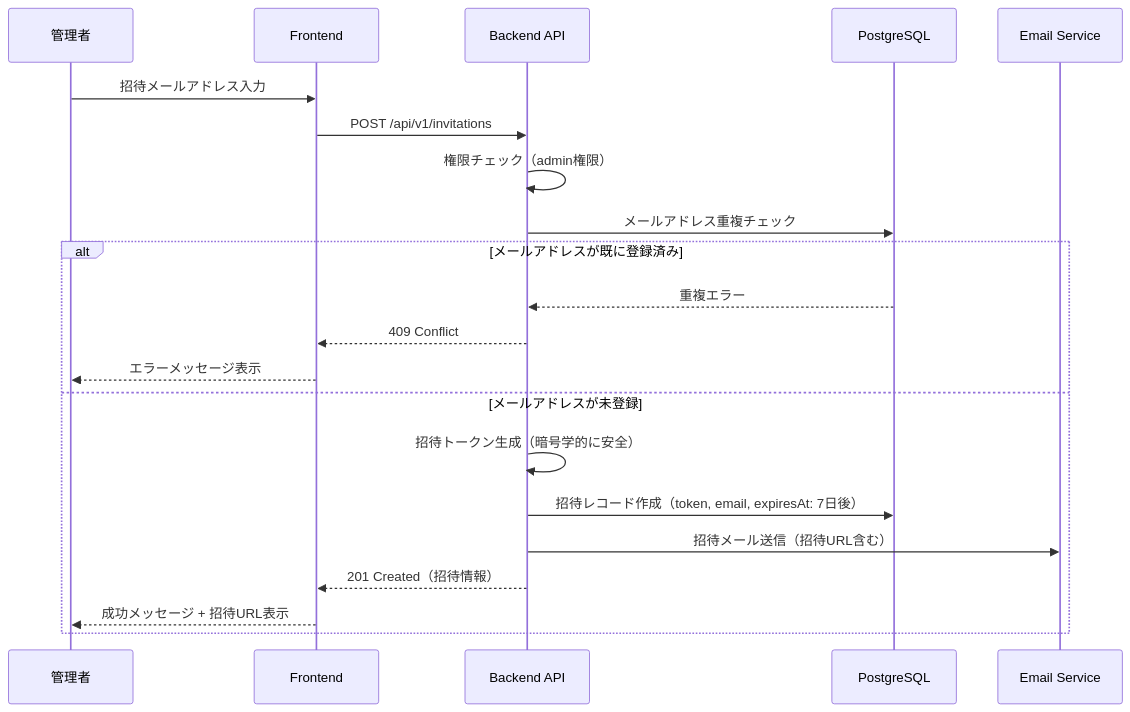
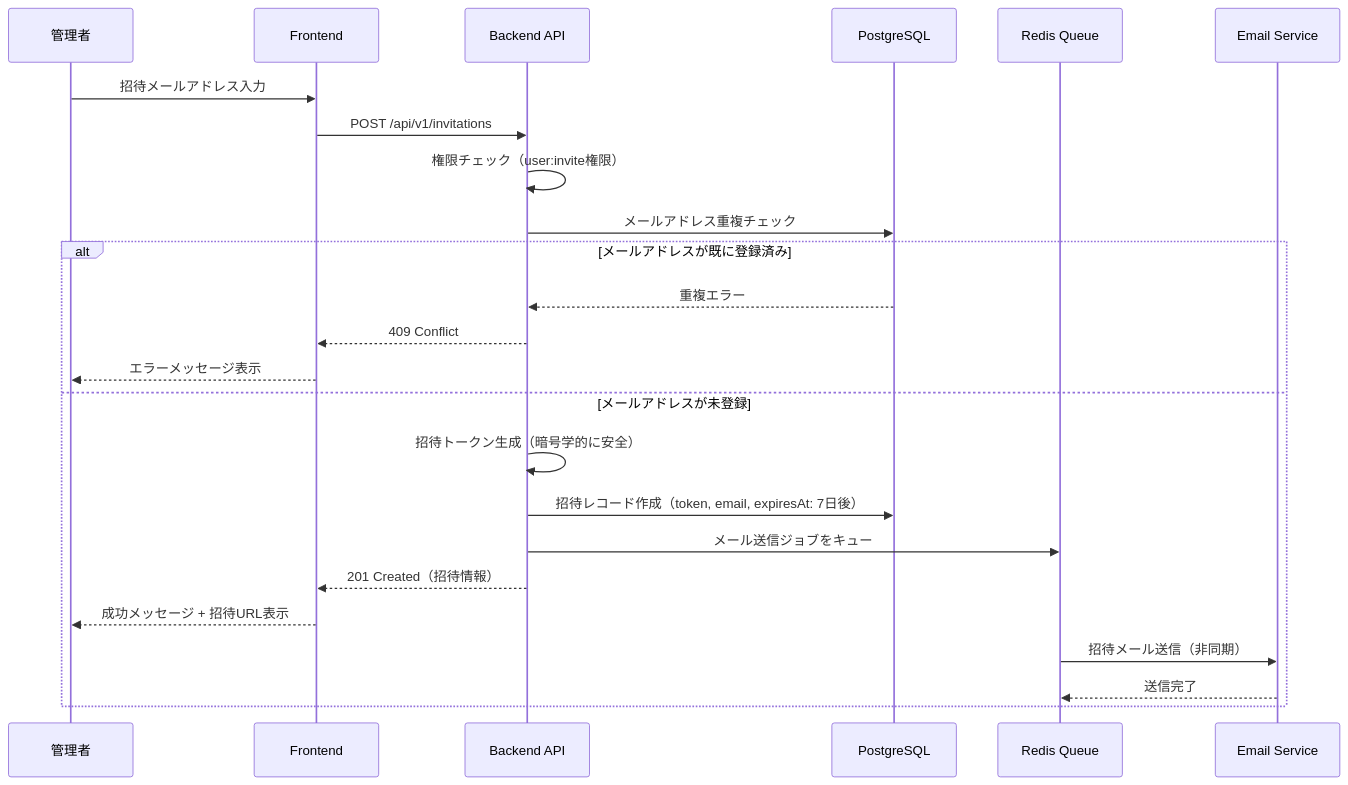
Before and after one commit to inakanou/ArchiTrack: the second of 7 diagrams in .kiro/specs/user-authentication/design.md, drawn with Mermaid. The commit also changed other lines of this file and 1 other file, not shown here.

First line of the commit message:
feat(spec): user-authentication技術設計書の完全生成（merge mode）

````diff
--- a/.kiro/specs/user-authentication/design.md
+++ b/.kiro/specs/user-authentication/design.md
@@ -429,24 +529,27 @@
 ```mermaid
 sequenceDiagram
     participant Admin as 管理者
     participant Frontend as Frontend
     participant Backend as Backend API
     participant DB as PostgreSQL
+    participant Queue as Redis Queue
     participant Email as Email Service
 
     Admin->>Frontend: 招待メールアドレス入力
     Frontend->>Backend: POST /api/v1/invitations
-    Backend->>Backend: 権限チェック（admin権限）
+    Backend->>Backend: 権限チェック（user:invite権限）
     Backend->>DB: メールアドレス重複チェック
     alt メールアドレスが既に登録済み
         DB-->>Backend: 重複エラー
         Backend-->>Frontend: 409 Conflict
         Frontend-->>Admin: エラーメッセージ表示
     else メールアドレスが未登録
         Backend->>Backend: 招待トークン生成（暗号学的に安全）
         Backend->>DB: 招待レコード作成（token, email, expiresAt: 7日後）
-        Backend->>Email: 招待メール送信（招待URL含む）
+        Backend->>Queue: メール送信ジョブをキュー
         Backend-->>Frontend: 201 Created（招待情報）
         Frontend-->>Admin: 成功メッセージ + 招待URL表示
+        Queue->>Email: 招待メール送信（非同期）
+        Email-->>Queue: 送信完了
     end
 ```
````
